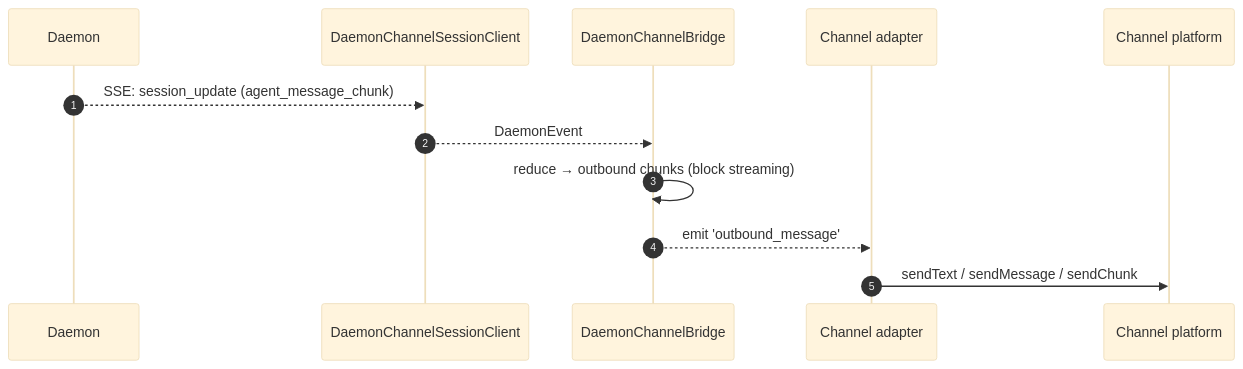
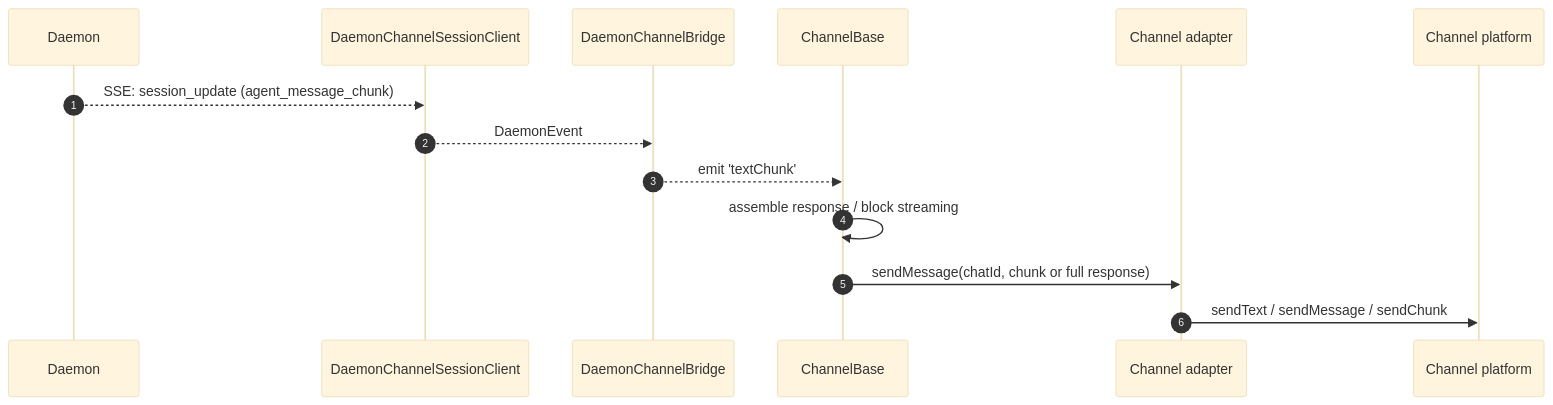
The second of 3 diagrams in docs/developers/daemon/15-channel-adapters.md (QwenLM/qwen-code), drawn with Mermaid (base theme) before and after one commit. The commit also changed other lines of this file and 22 other files, not shown here.

````diff
--- a/docs/developers/daemon/15-channel-adapters.md
+++ b/docs/developers/daemon/15-channel-adapters.md
@@ -106,15 +111,17 @@
 ```mermaid
 sequenceDiagram
     autonumber
     participant D as Daemon
     participant SC as DaemonChannelSessionClient
     participant BR as DaemonChannelBridge
+    participant CB as ChannelBase
     participant AD as Channel adapter
     participant CH as Channel platform
 
     D-->>SC: SSE: session_update (agent_message_chunk)
     SC-->>BR: DaemonEvent
-    BR->>BR: reduce → outbound chunks (block streaming)
-    BR-->>AD: emit 'outbound_message'
+    BR-->>CB: emit 'textChunk'
+    CB->>CB: assemble response / block streaming
+    CB->>AD: sendMessage(chatId, chunk or full response)
     AD->>CH: sendText / sendMessage / sendChunk
 ```
````
